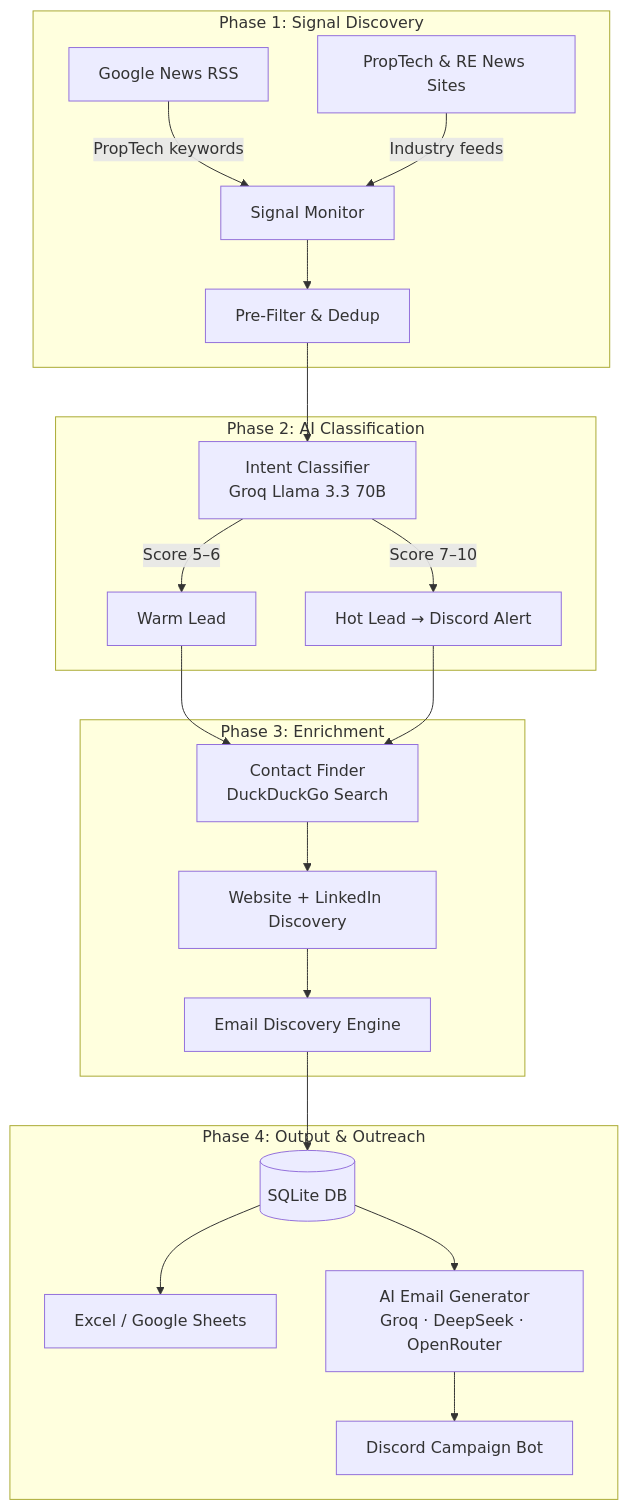
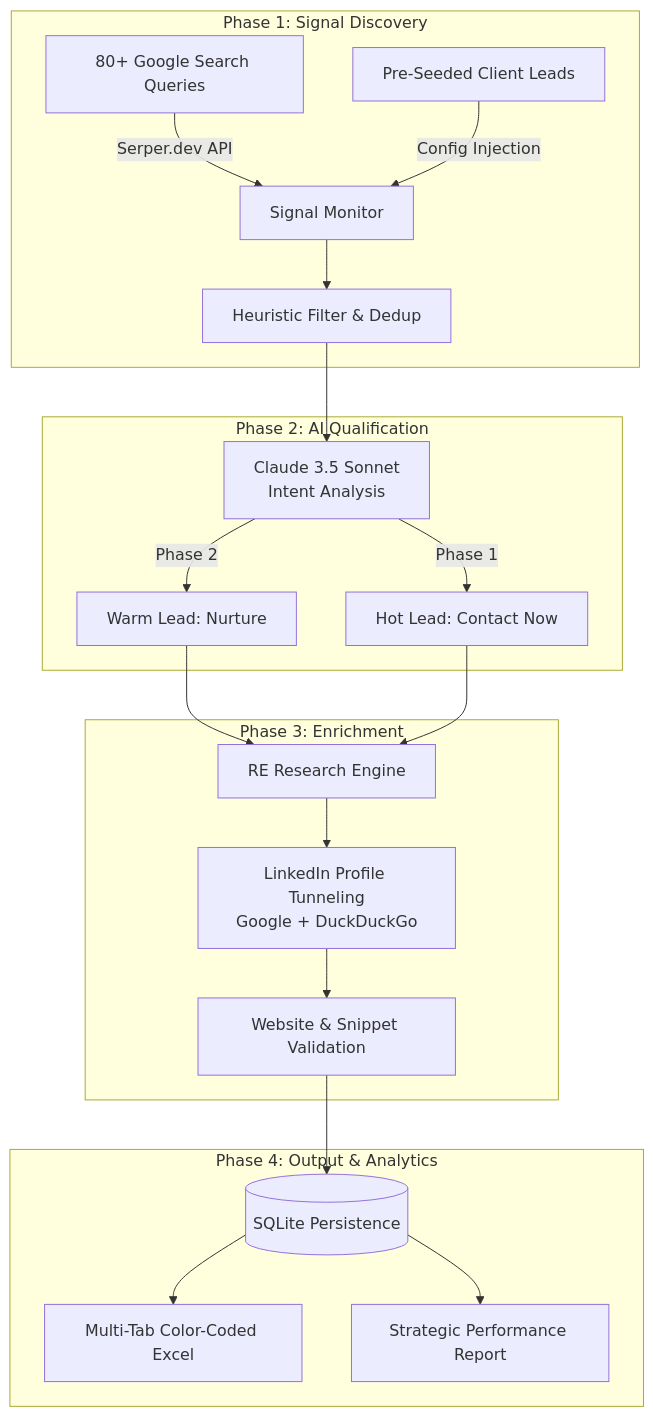
Before and after one commit to DeepeshStrikin/Lead-Gen-RWAtify: the diagram in README.md, drawn with Mermaid. The commit also changed other lines of this file, not shown here.

````diff
--- a/README.md
+++ b/README.md
@@ -36,28 +27,27 @@
 ```mermaid
 graph TD
     subgraph "Phase 1: Signal Discovery"
-        A[Google News RSS] -->|PropTech keywords| C[Signal Monitor]
-        B[PropTech & RE News Sites] -->|Industry feeds| C
-        C --> D[Pre-Filter & Dedup]
+        A[80+ Google Search Queries] -->|Serper.dev API| C[Signal Monitor]
+        B[Pre-Seeded Client Leads] -->|Config Injection| C
+        C --> D[Heuristic Filter & Dedup]
     end
 
-    subgraph "Phase 2: AI Classification"
-        D --> E[Intent Classifier\nGroq Llama 3.3 70B]
-        E -->|Score 5–6| F[Warm Lead]
-        E -->|Score 7–10| G[Hot Lead → Discord Alert]
+    subgraph "Phase 2: AI Qualification"
+        D --> E[Claude 3.5 Sonnet\nIntent Analysis]
+        E -->|Phase 2| F[Warm Lead: Nurture]
+        E -->|Phase 1| G[Hot Lead: Contact Now]
     end
 
     subgraph "Phase 3: Enrichment"
-        F --> H[Contact Finder\nDuckDuckGo Search]
+        F --> H[RE Research Engine]
         G --> H
-        H --> I[Website + LinkedIn Discovery]
-        I --> J[Email Discovery Engine]
+        H --> I[LinkedIn Profile Tunneling\nGoogle + DuckDuckGo]
+        I --> J[Website & Snippet Validation]
     end
 
-    subgraph "Phase 4: Output & Outreach"
-        J --> K[(SQLite DB)]
-        K --> L[Excel / Google Sheets]
-        K --> M[AI Email Generator\nGroq · DeepSeek · OpenRouter]
-        M --> N[Discord Campaign Bot]
+    subgraph "Phase 4: Output & Analytics"
+        J --> K[(SQLite Persistence)]
+        K --> L[Multi-Tab Color-Coded Excel]
+        K --> M[Strategic Performance Report]
     end
 ```
````
